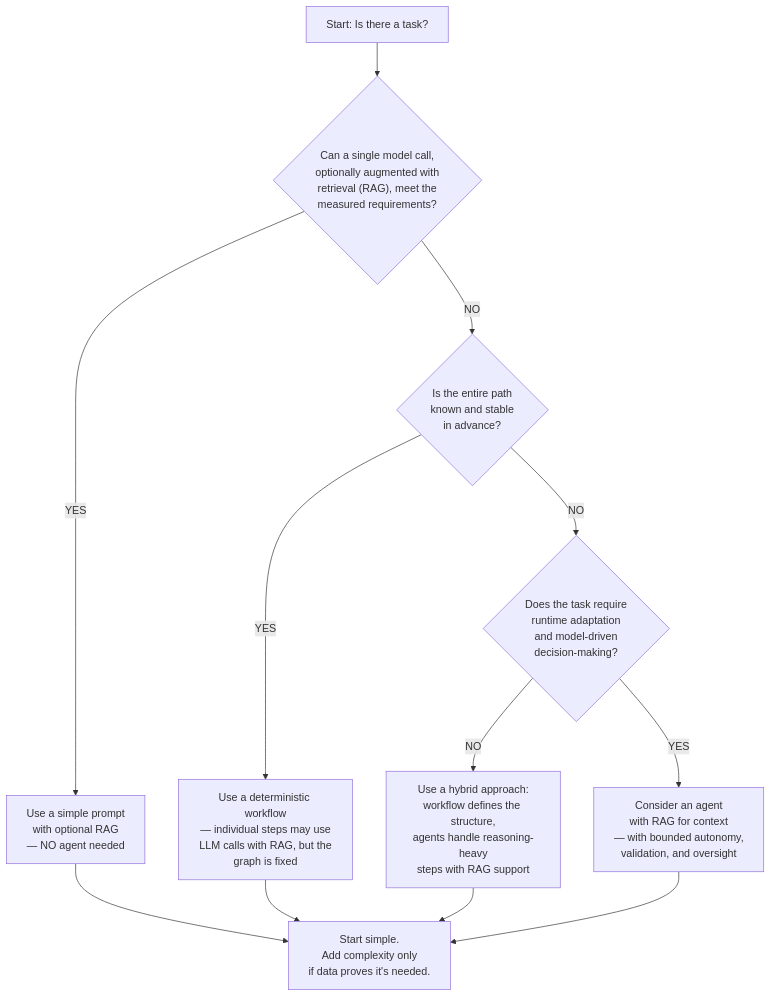
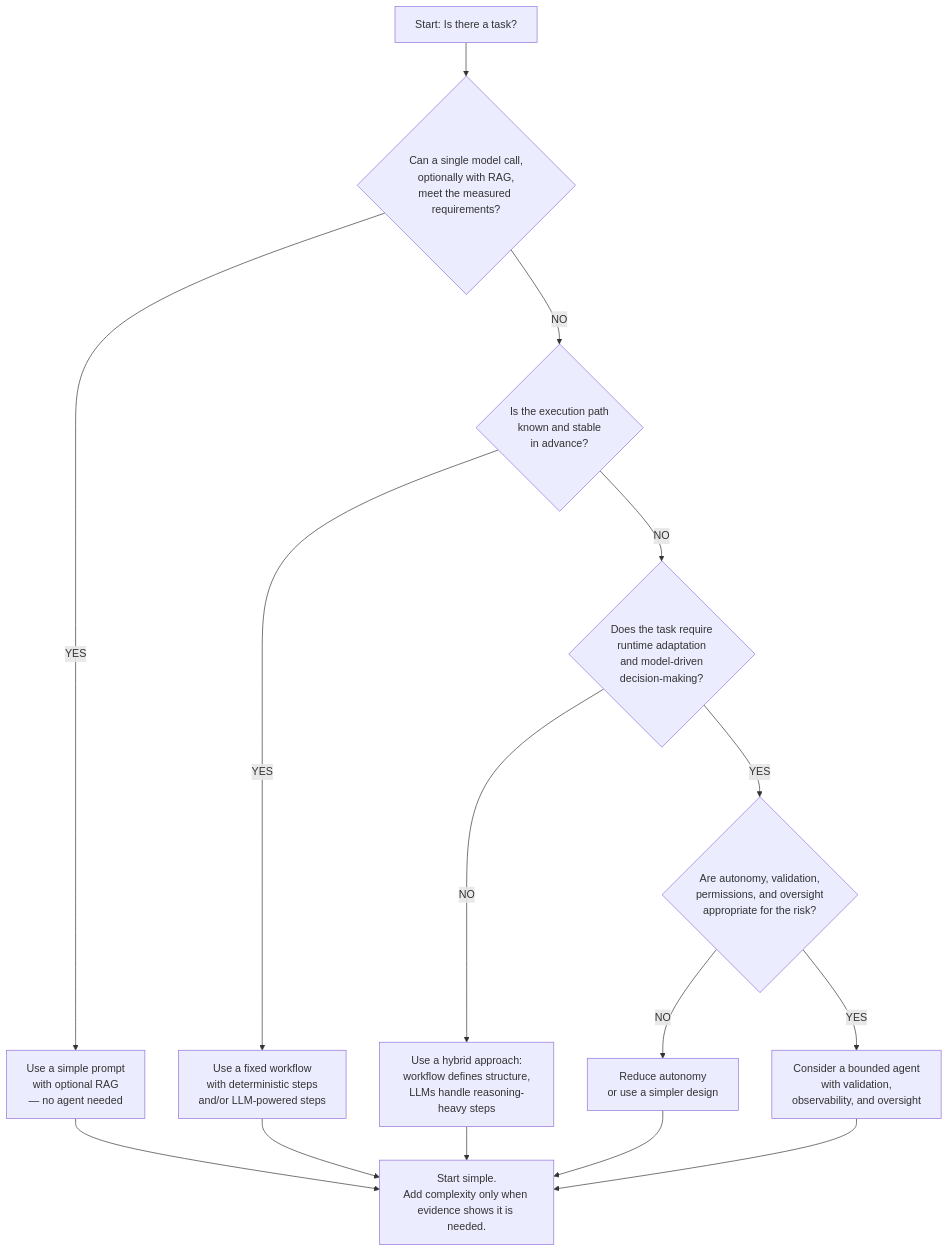
The diagram in foundations/when-not-to-use-agents.mdx (Prompthon-IO/agent-systems-handbook), drawn with Mermaid before and after one commit. The commit also changed other lines of this file, not shown here.

````diff
--- a/foundations/when-not-to-use-agents.mdx
+++ b/foundations/when-not-to-use-agents.mdx
@@ -97,21 +178,26 @@
 ```mermaid
 flowchart TD
-    Start["Start: Is there a task?"] --> Q1{"Can a single model call,<br>optionally augmented with<br>retrieval (RAG), meet the<br>measured requirements?"}
-    
-    Q1 -->|YES| Simple["Use a simple prompt<br>with optional RAG<br>— NO agent needed"]
-    
-    Q1 -->|NO| Q2{"Is the entire path<br>known and stable<br>in advance?"}
-    
-    Q2 -->|YES| Workflow["Use a deterministic workflow<br>— individual steps may use<br>LLM calls with RAG, but the<br>graph is fixed"]
-    
-    Q2 -->|NO| Q3{"Does the task require<br> runtime adaptation<br> and model-driven<br>decision-making?"}
-    
-    Q3 -->|NO| Hybrid["Use a hybrid approach:<br>workflow defines the structure,<br>agents handle reasoning-heavy<br>steps with RAG support"]
-    
-    Q3 -->|YES| Agent["Consider an agent<br>with RAG for context<br>— with bounded autonomy,<br>validation, and oversight"]
-    
-    Simple --> End["Start simple.<br>Add complexity only<br> if data proves it's needed."]
+    Start["Start: Is there a task?"] --> Q1{"Can a single model call,<br/>optionally with RAG,<br/>meet the measured requirements?"}
+
+    Q1 -->|YES| Simple["Use a simple prompt<br/>with optional RAG<br/>— no agent needed"]
+
+    Q1 -->|NO| Q2{"Is the execution path<br/>known and stable<br/>in advance?"}
+
+    Q2 -->|YES| Workflow["Use a fixed workflow<br/>with deterministic steps<br/>and/or LLM-powered steps"]
+
+    Q2 -->|NO| Q3{"Does the task require<br/>runtime adaptation<br/>and model-driven<br/>decision-making?"}
+
+    Q3 -->|NO| Hybrid["Use a hybrid approach:<br/>workflow defines structure,<br/>LLMs handle reasoning-heavy steps"]
+
+    Q3 -->|YES| Q4{"Are autonomy, validation,<br/>permissions, and oversight<br/>appropriate for the risk?"}
+
+    Q4 -->|NO| Hybrid2["Reduce autonomy<br/>or use a simpler design"]
+
+    Q4 -->|YES| Agent["Consider a bounded agent<br/>with validation,<br/>observability, and oversight"]
+
+    Simple --> End["Start simple.<br/>Add complexity only when evidence shows it is needed."]
     Workflow --> End
     Hybrid --> End
+    Hybrid2 --> End
     Agent --> End
 ```
````
